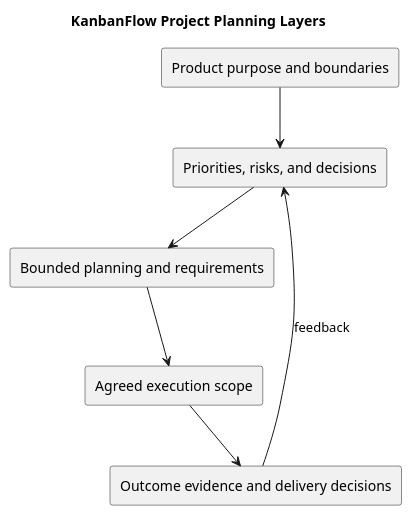
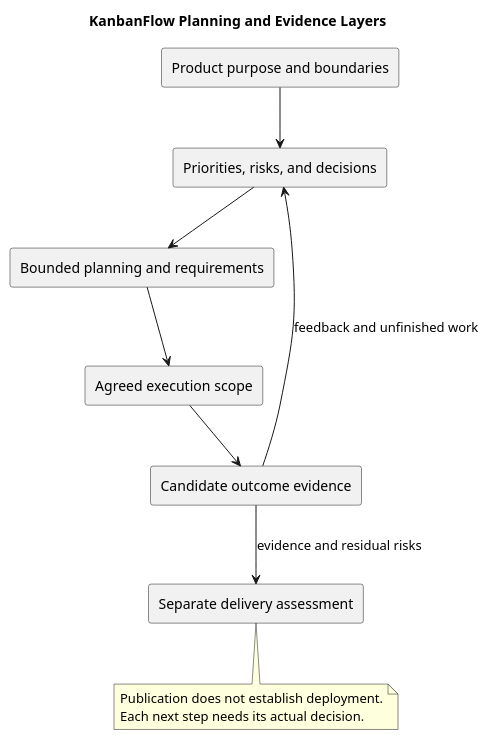
The diagram in docs/SDLC/01-planning/project-planning-overview.md (Farhad-Valizadegan/Web-KanbanFlow), drawn with PlantUML before and after one commit. The commit also changed other lines of this file and 2 other files, not shown here.

Commit message:
docs: complete project planning overview and lifecycle boundaries

````diff
--- a/docs/SDLC/01-planning/project-planning-overview.md
+++ b/docs/SDLC/01-planning/project-planning-overview.md
@@ -64,15 +133,21 @@
 ```plantuml
 @startuml
-title KanbanFlow Project Planning Layers
+title KanbanFlow Planning and Evidence Layers
 rectangle "Product purpose and boundaries" as P
 rectangle "Priorities, risks, and decisions" as M
 rectangle "Bounded planning and requirements" as R
 rectangle "Agreed execution scope" as S
-rectangle "Outcome evidence and delivery decisions" as E
+rectangle "Candidate outcome evidence" as E
+rectangle "Separate delivery assessment" as D
 P --> M
 M --> R
 R --> S
 S --> E
-E --> M : feedback
+E --> M : feedback and unfinished work
+E --> D : evidence and residual risks
+note bottom of D
+Publication does not establish deployment.
+Each next step needs its actual decision.
+end note
 @enduml
 ```
````
